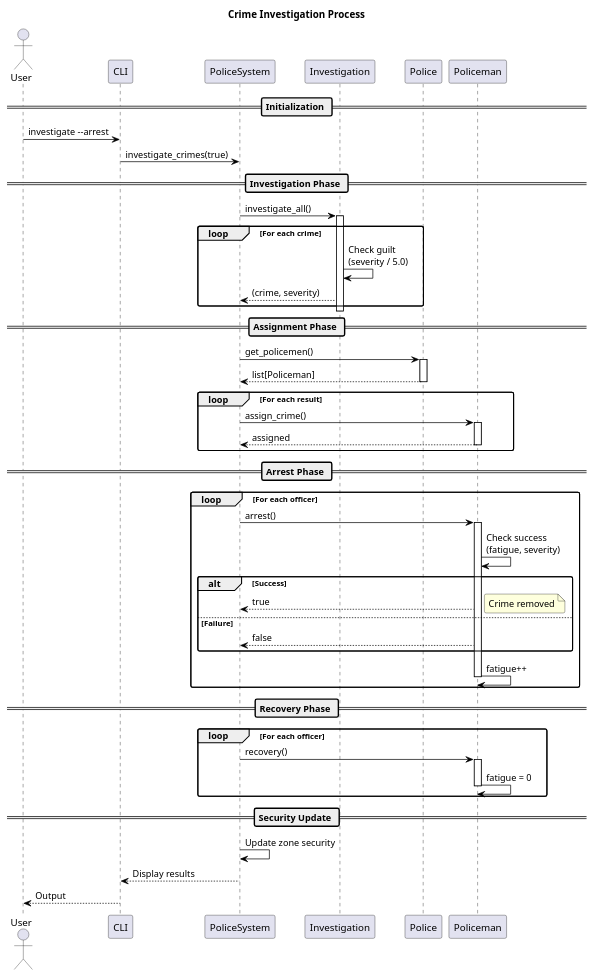
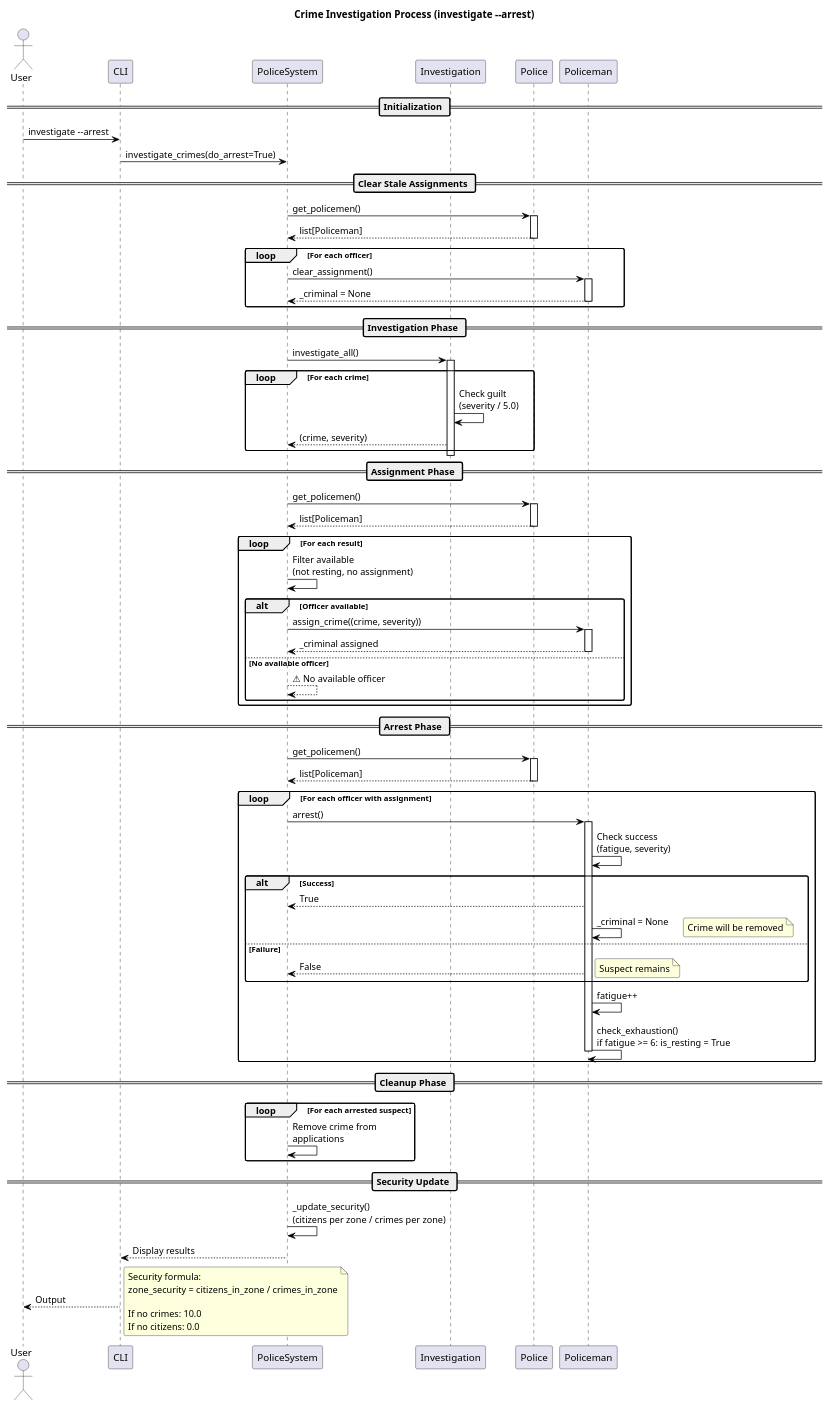
The diagram in SDIS/sem2/lab1/docs/uml/sequence_diagram.puml (hedgehog-os/Labs), drawn with PlantUML before and after one commit. The commit also changed 7 other files, not shown here.

Commit message:
update readme and diagrames

```diff
--- a/SDIS/sem2/lab1/docs/uml/sequence_diagram.puml
+++ b/SDIS/sem2/lab1/docs/uml/sequence_diagram.puml
@@ -1,88 +1,122 @@
 @startuml sequence_diagram
 ' Police Management System - Crime Investigation Sequence Diagram
 ' UML 2.5
 
 skinparam defaultFontName "Arial"
 skinparam fontSize 10
 skinparam sequence {
     LifeLineBackgroundColor White
     LifeLineBorderColor Black
     ArrowColor Black
 }
 skinparam roundcorner 5
 skinparam maxmessages 50
 
-title Crime Investigation Process
+title Crime Investigation Process (investigate --arrest)
 
 actor "User" as U
 participant "CLI" as C
 participant "PoliceSystem" as S
 participant "Investigation" as I
 participant "Police" as P
 participant "Policeman" as O
 
 == Initialization ==
 
 U -> C : investigate --arrest
-C -> S : investigate_crimes(true)
+C -> S : investigate_crimes(do_arrest=True)
+
+== Clear Stale Assignments ==
+
+S -> P : get_policemen()
+activate P
+P --> S : list[Policeman]
+deactivate P
+
+loop For each officer
+    S -> O : clear_assignment()
+    activate O
+    O --> S : _criminal = None
+    deactivate O
+end
 
 == Investigation Phase ==
 
 S -> I : investigate_all()
 activate I
 
 loop For each crime
     I -> I : Check guilt\n(severity / 5.0)
     I --> S : (crime, severity)
 end
 
 deactivate I
 
 == Assignment Phase ==
 
 S -> P : get_policemen()
 activate P
 P --> S : list[Policeman]
 deactivate P
 
 loop For each result
-    S -> O : assign_crime()
-    activate O
-    O --> S : assigned
-    deactivate O
+    S -> S : Filter available\n(not resting, no assignment)
+    
+    alt Officer available
+        S -> O : assign_crime((crime, severity))
+        activate O
+        O --> S : _criminal assigned
+        deactivate O
+    else No available officer
+        S --> S : ⚠ No available officer
+    end
 end
 
 == Arrest Phase ==
 
-loop For each officer
+S -> P : get_policemen()
+activate P
+P --> S : list[Policeman]
+deactivate P
+
+loop For each officer with assignment
     S -> O : arrest()
     activate O
     O -> O : Check success\n(fatigue, severity)
     
     alt Success
-        O --> S : true
-        note right: Crime removed
+        O --> S : True
+        O -> O : _criminal = None
+        note right: Crime will be removed
     else Failure
-        O --> S : false
+        O --> S : False
+        note right: Suspect remains
     end
     
     O -> O : fatigue++
+    O -> O : check_exhaustion()\nif fatigue >= 6: is_resting = True
+    
     deactivate O
 end
 
-== Recovery Phase ==
+== Cleanup Phase ==
 
-loop For each officer
-    S -> O : recovery()
-    activate O
-    O -> O : fatigue = 0
-    deactivate O
+loop For each arrested suspect
+    S -> S : Remove crime from\napplications
 end
 
 == Security Update ==
 
-S -> S : Update zone security
+S -> S : _update_security()\n(citizens per zone / crimes per zone)
 S --> C : Display results
 C --> U : Output
 
+note right
+    Security formula:
+    zone_security = citizens_in_zone / crimes_in_zone
+    
+    If no crimes: 10.0
+    If no citizens: 0.0
+end note
+
 @enduml
```
